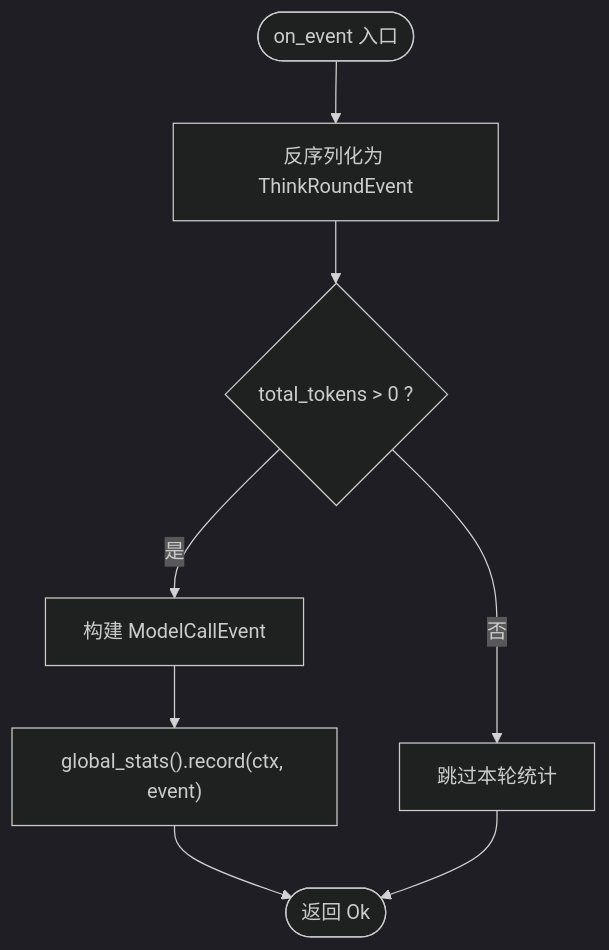
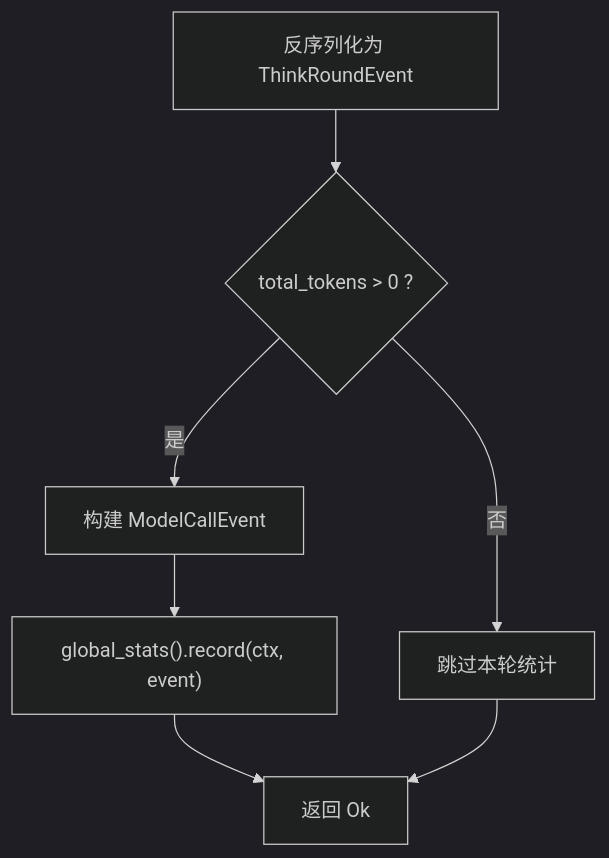
One commit to runningcoders/ai_orz changed the third of 4 diagrams in docs/wiki/zh/content/基础设施/AOP 事件系统/事件消费者/思考轮次统计消费者.md. Above: the diagram before and after it, drawn with Mermaid (dark theme). The commit also changed other lines of this file and 37 other files, not shown here.

````diff
--- a/docs/wiki/zh/content/基础设施/AOP 事件系统/事件消费者/思考轮次统计消费者.md
+++ b/docs/wiki/zh/content/基础设施/AOP 事件系统/事件消费者/思考轮次统计消费者.md
@@ -136,10 +142,9 @@
 ```mermaid
-flowchart TD
-Start(["on_event 入口"]) --> Parse["反序列化为 ThinkRoundEvent"]
-Parse --> Check{"total_tokens > 0 ?"}
+graph TB
+Parse["反序列化为 ThinkRoundEvent"] --> Check{"total_tokens > 0 ?"}
 Check -- 否 --> Skip["跳过本轮统计"]
 Check -- 是 --> Build["构建 ModelCallEvent"]
 Build --> Record["global_stats().record(ctx, event)"]
-Record --> End(["返回 Ok"])
+Record --> End["返回 Ok"]
 Skip --> End
 ```
````
